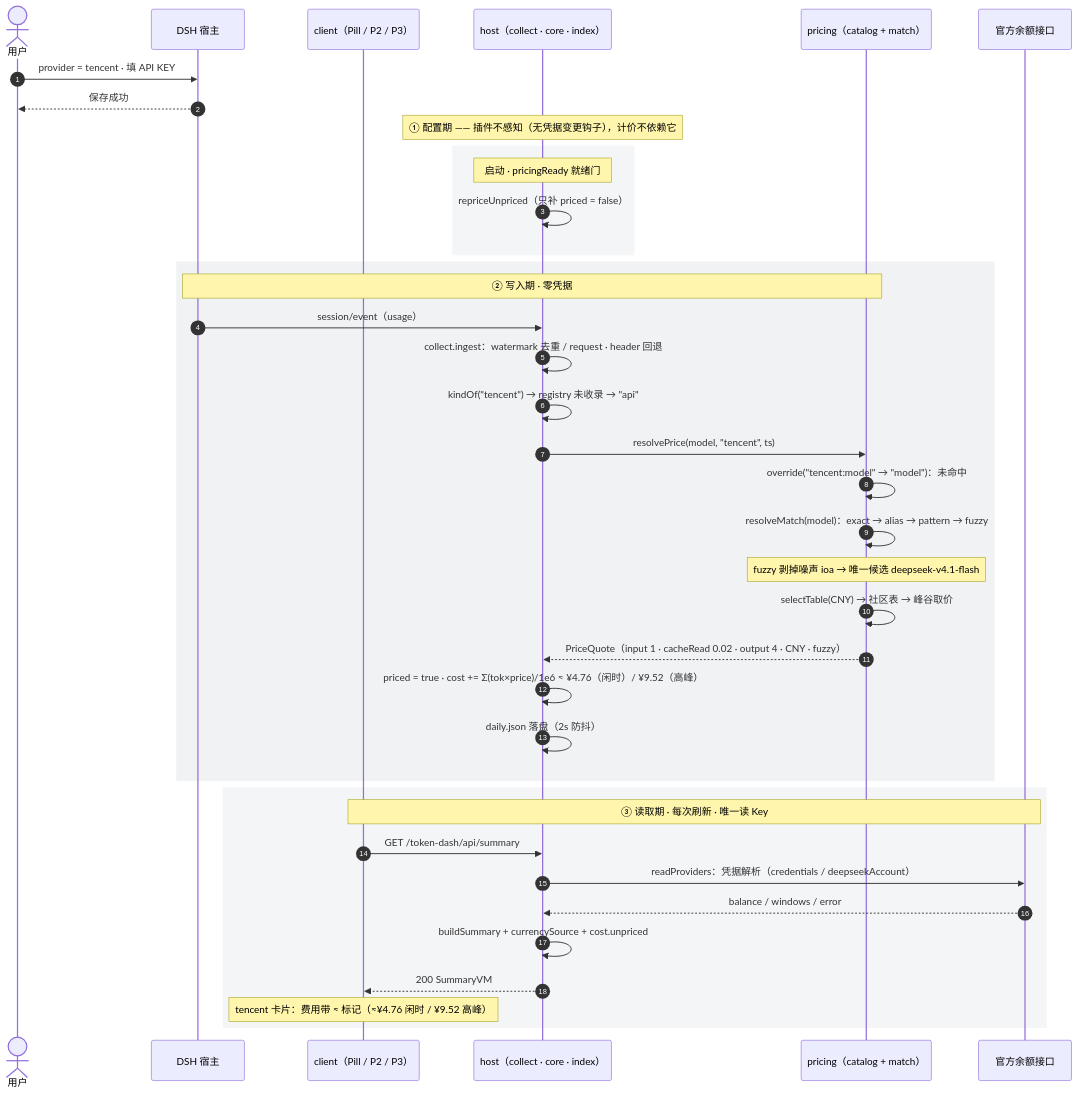
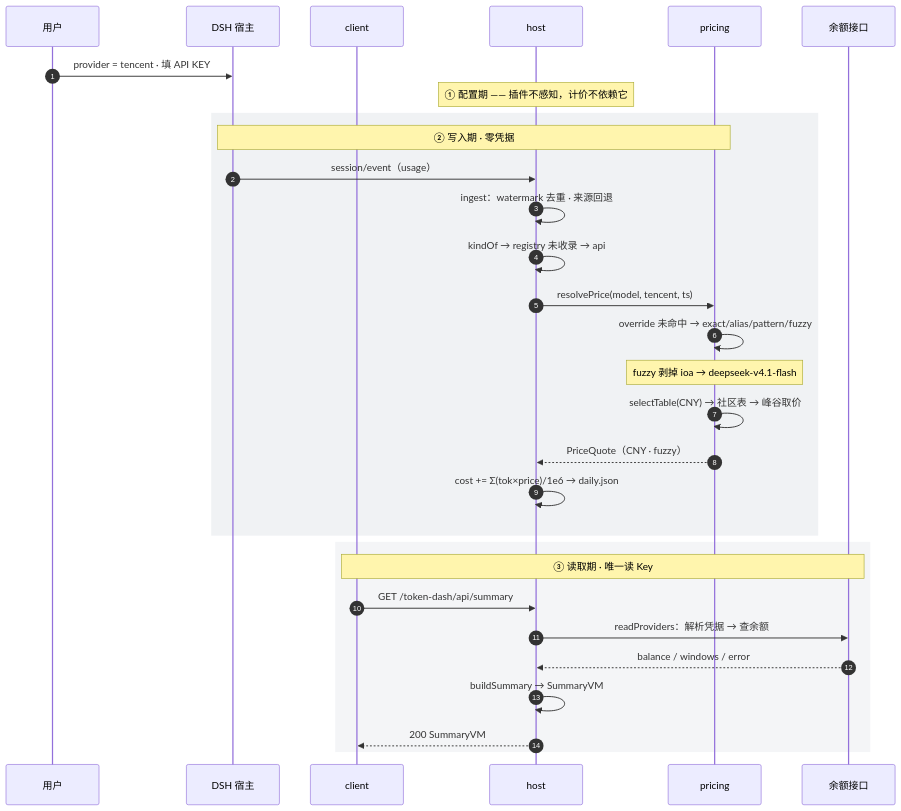
The first of 4 diagrams in docs/design.md (spartawhy117/dsh-token-dash), drawn with Mermaid before and after one commit. The commit also changed other lines of this file and 11 other files, not shown here.

````diff
--- a/docs/design.md
+++ b/docs/design.md
@@ -80,44 +69,35 @@
 ```mermaid
 sequenceDiagram
   autonumber
-  actor U as 用户
+  participant U as 用户
   participant DSH as DSH 宿主
-  participant C as client（Pill / P2 / P3）
-  participant H as host（collect · core · index）
-  participant P as pricing（catalog + match）
-  participant X as 官方余额接口
+  participant C as client
+  participant H as host
+  participant P as pricing
+  participant X as 余额接口
 
   U->>DSH: provider = tencent · 填 API KEY
-  DSH-->>U: 保存成功
-  Note over H: ① 配置期 —— 插件不感知（无凭据变更钩子），计价不依赖它
-
-  rect rgba(150, 160, 175, 0.10)
-    Note over H: 启动 · pricingReady 就绪门
-    H->>H: repriceUnpriced（只补 priced = false）
-  end
+  Note over H: ① 配置期 —— 插件不感知，计价不依赖它
 
   rect rgba(150, 160, 175, 0.14)
     Note over DSH,P: ② 写入期 · 零凭据
     DSH->>H: session/event（usage）
-    H->>H: collect.ingest：watermark 去重 / request · header 回退
-    H->>H: kindOf("tencent") → registry 未收录 → "api"
-    H->>P: resolvePrice(model, "tencent", ts)
-    P->>P: override("tencent:model" → "model")：未命中
-    P->>P: resolveMatch(model)：exact → alias → pattern → fuzzy
-    Note over P: fuzzy 剥掉噪声 ioa → 唯一候选 deepseek-v4.1-flash
+    H->>H: ingest：watermark 去重 · 来源回退
+    H->>H: kindOf → registry 未收录 → api
+    H->>P: resolvePrice(model, tencent, ts)
+    P->>P: override 未命中 → exact/alias/pattern/fuzzy
+    Note over P: fuzzy 剥掉 ioa → deepseek-v4.1-flash
     P->>P: selectTable(CNY) → 社区表 → 峰谷取价
-    P-->>H: PriceQuote（input 1 · cacheRead 0.02 · output 4 · CNY · fuzzy）
-    H->>H: priced = true · cost += Σ(tok×price)/1e6 ≈ ¥4.76（闲时）/ ¥9.52（高峰）
-    H->>H: daily.json 落盘（2s 防抖）
+    P-->>H: PriceQuote（CNY · fuzzy）
+    H->>H: cost += Σ(tok×price)/1e6 → daily.json
   end
 
   rect rgba(150, 160, 175, 0.10)
-    Note over C,X: ③ 读取期 · 每次刷新 · 唯一读 Key
+    Note over C,X: ③ 读取期 · 唯一读 Key
     C->>H: GET /token-dash/api/summary
-    H->>X: readProviders：凭据解析（credentials / deepseekAccount）
+    H->>X: readProviders：解析凭据 → 查余额
     X-->>H: balance / windows / error
-    H->>H: buildSummary + currencySource + cost.unpriced
+    H->>H: buildSummary → SummaryVM
     H-->>C: 200 SummaryVM
-    Note over C: tencent 卡片：费用带 ≈ 标记（≈¥4.76 闲时 / ¥9.52 高峰）
   end
 ```
````
